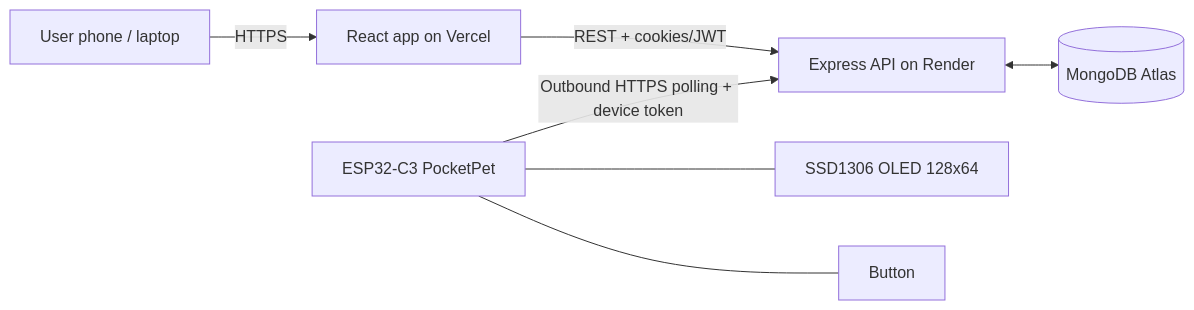
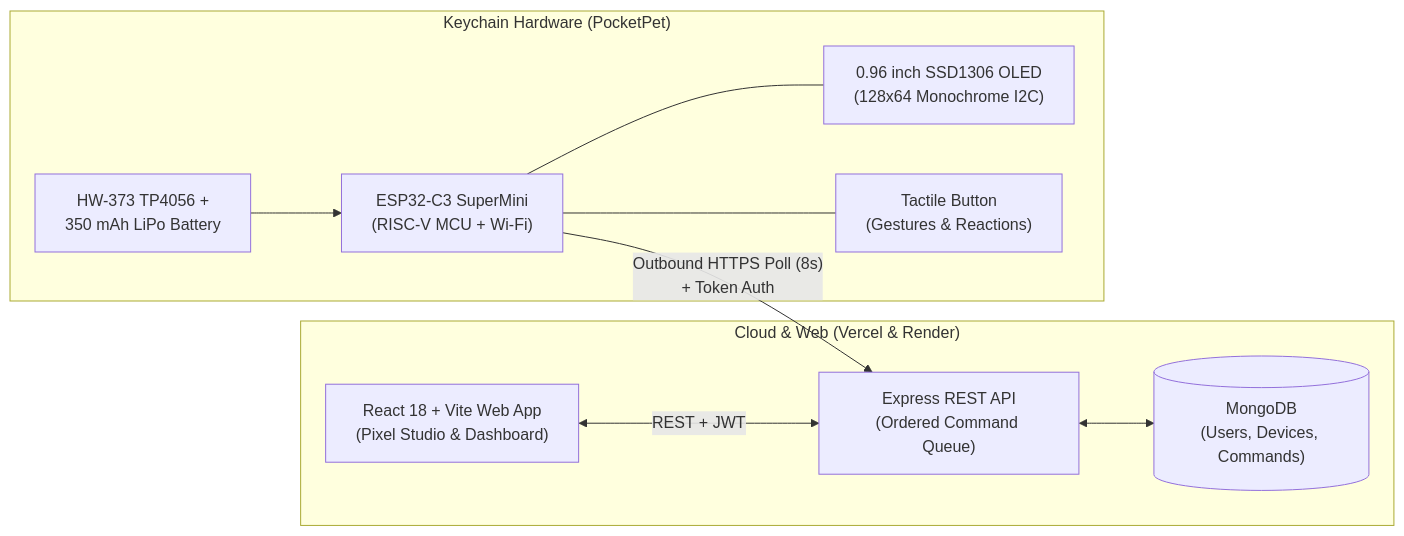
One commit to Mayurkhalse/PocketPet changed the diagram in README.md. Above: the diagram before and after it, drawn with Mermaid. The commit also changed other lines of this file and 2 other files, not shown here.

Commit message:
docs: restructure documentation with attractive README, ARCHITECTURE, and SETUP guides

````diff
--- a/README.md
+++ b/README.md
@@ -81,9 +32,23 @@
 ```mermaid
 flowchart LR
-    U[User phone / laptop] -->|HTTPS| FE[React app on Vercel]
-    FE -->|REST + cookies/JWT| BE[Express API on Render]
-    BE <--> DB[(MongoDB Atlas)]
-    DEV[ESP32-C3 PocketPet] -->|Outbound HTTPS polling + device token| BE
-    DEV --- OLED[SSD1306 OLED 128x64]
-    DEV --- BTN[Button]
+    subgraph Web["Cloud & Web (Vercel & Render)"]
+        FE["React 18 + Vite Web App\n(Pixel Studio & Dashboard)"]
+        BE["Express REST API\n(Ordered Command Queue)"]
+        DB[("MongoDB\n(Users, Devices, Commands)")]
+        FE <-->|REST + JWT| BE
+        BE <--> DB
+    end
+
+    subgraph Hardware["Keychain Hardware (PocketPet)"]
+        ESP["ESP32-C3 SuperMini\n(RISC-V MCU + Wi-Fi)"]
+        OLED["0.96 inch SSD1306 OLED\n(128x64 Monochrome I2C)"]
+        BTN["Tactile Button\n(Gestures & Reactions)"]
+        PWR["HW-373 TP4056 +\n350 mAh LiPo Battery"]
+        
+        ESP --- OLED
+        ESP --- BTN
+        PWR --> ESP
+    end
+
+    ESP -->|"Outbound HTTPS Poll (8s)\n+ Token Auth"| BE
 ```
````
